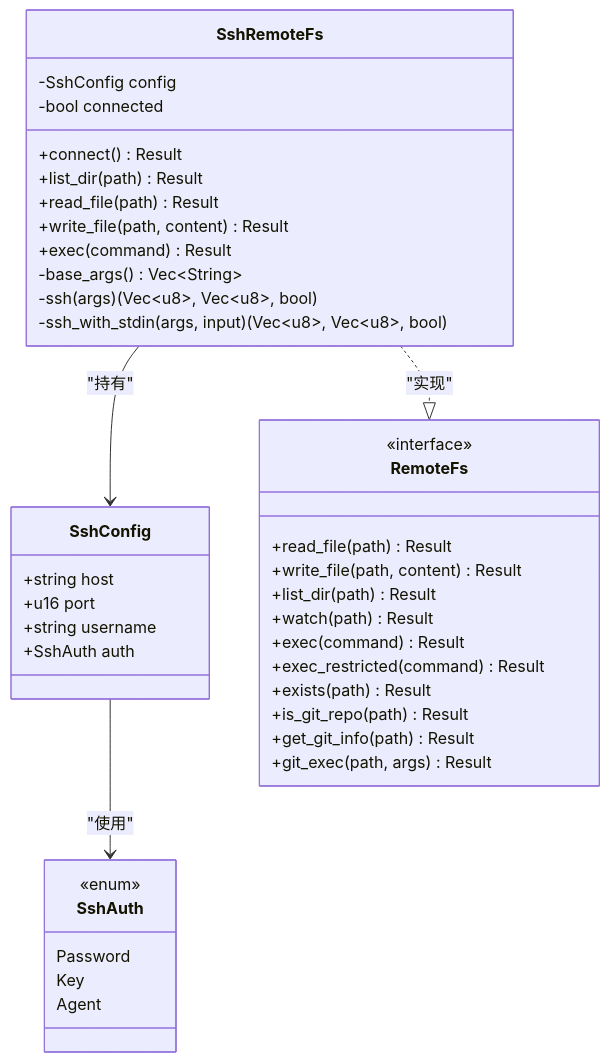
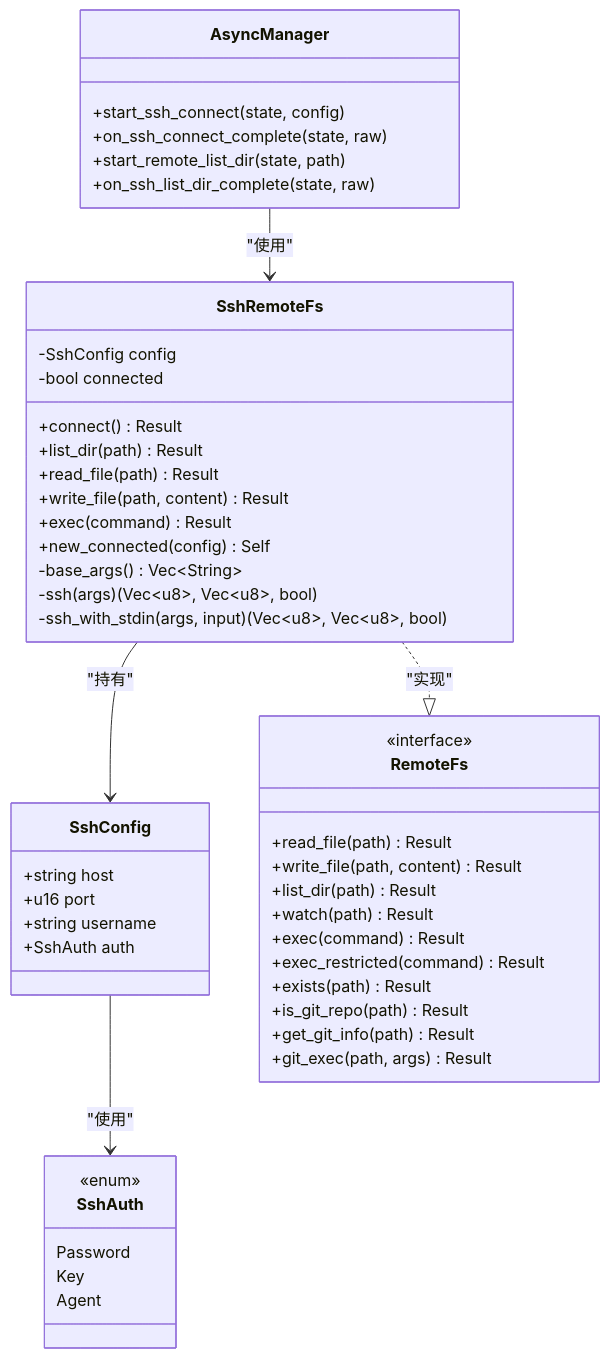
The seventh of 10 diagrams in .qoder/repowiki/zh/content/远程开发功能/SSH 连接管理.md (aetherstudio-cn/AetherStudio), drawn with Mermaid before and after one commit. The commit also changed other lines of this file and 17 other files, not shown here.

````diff
--- a/.qoder/repowiki/zh/content/远程开发功能/SSH 连接管理.md
+++ b/.qoder/repowiki/zh/content/远程开发功能/SSH 连接管理.md
@@ -299,43 +356,51 @@
 ```mermaid
 classDiagram
 class SshConfig {
 +string host
 +u16 port
 +string username
 +SshAuth auth
 }
 class SshAuth {
 <<enum>>
 Password
 Key
 Agent
 }
 class SshRemoteFs {
 -SshConfig config
 -bool connected
 +connect() Result
 +list_dir(path) Result
 +read_file(path) Result
 +write_file(path, content) Result
 +exec(command) Result
++new_connected(config) Self
 -base_args() Vec~String~
 -ssh(args) (Vec~u8~, Vec~u8~, bool)
 -ssh_with_stdin(args, input) (Vec~u8~, Vec~u8~, bool)
 }
 class RemoteFs {
 <<interface>>
 +read_file(path) Result
 +write_file(path, content) Result
 +list_dir(path) Result
 +watch(path) Result
 +exec(command) Result
 +exec_restricted(command) Result
 +exists(path) Result
 +is_git_repo(path) Result
 +get_git_info(path) Result
 +git_exec(path, args) Result
 }
+class AsyncManager {
++start_ssh_connect(state, config)
++on_ssh_connect_complete(state, raw)
++start_remote_list_dir(state, path)
++on_ssh_list_dir_complete(state, raw)
+}
 SshRemoteFs ..|> RemoteFs : "实现"
 SshRemoteFs --> SshConfig : "持有"
 SshConfig --> SshAuth : "使用"
+AsyncManager --> SshRemoteFs : "使用"
 ```
````
